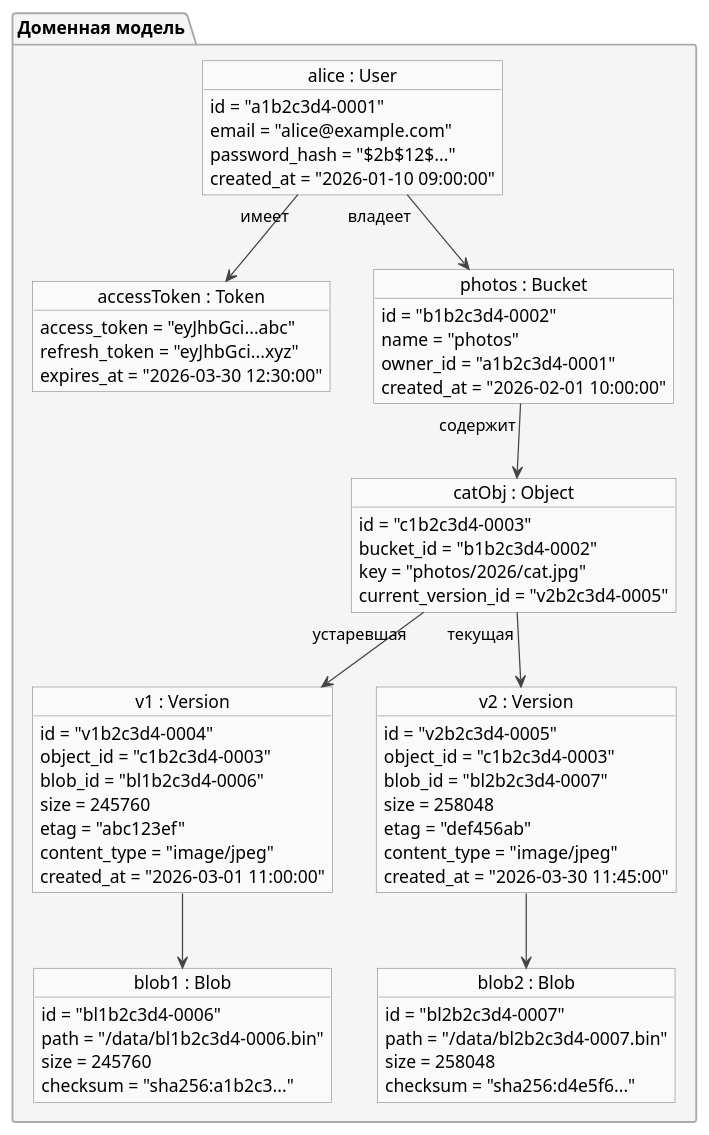
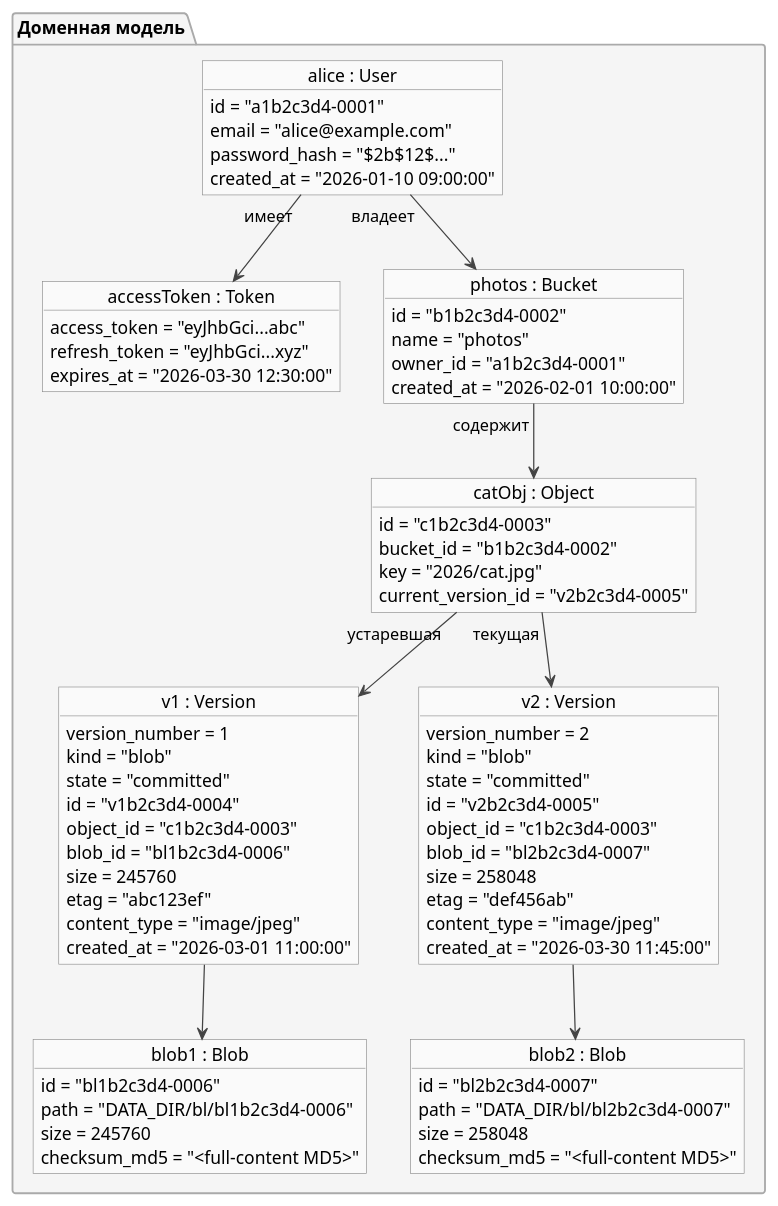
One commit to alesplll/opens3-rebac changed the diagram in docs/object_diagram.md. Above: the diagram before and after it, drawn with PlantUML. The commit also changed other lines of this file and 21 other files, not shown here.

````diff
--- a/docs/object_diagram.md
+++ b/docs/object_diagram.md
@@ -4,3 +9,4 @@
+```plantuml
 @startuml ObjectDiagram_opens3
 
 skinparam objectAttributeIconSize 0
@@ -40,11 +46,14 @@
   object "catObj : Object" as obj {
     id = "c1b2c3d4-0003"
     bucket_id = "b1b2c3d4-0002"
-    key = "photos/2026/cat.jpg"
+    key = "2026/cat.jpg"
     current_version_id = "v2b2c3d4-0005"
   }
 
   object "v1 : Version" as v1 {
+    version_number = 1
+    kind = "blob"
+    state = "committed"
     id = "v1b2c3d4-0004"
     object_id = "c1b2c3d4-0003"
     blob_id = "bl1b2c3d4-0006"
@@ -55,6 +64,9 @@
   }
 
   object "v2 : Version" as v2 {
+    version_number = 2
+    kind = "blob"
+    state = "committed"
     id = "v2b2c3d4-0005"
     object_id = "c1b2c3d4-0003"
     blob_id = "bl2b2c3d4-0007"
@@ -66,16 +78,16 @@
 
   object "blob1 : Blob" as blob1 {
     id = "bl1b2c3d4-0006"
-    path = "/data/bl1b2c3d4-0006.bin"
+    path = "DATA_DIR/bl/bl1b2c3d4-0006"
     size = 245760
-    checksum = "sha256:a1b2c3..."
+    checksum_md5 = "<full-content MD5>"
   }
 
   object "blob2 : Blob" as blob2 {
     id = "bl2b2c3d4-0007"
-    path = "/data/bl2b2c3d4-0007.bin"
+    path = "DATA_DIR/bl/bl2b2c3d4-0007"
     size = 258048
-    checksum = "sha256:d4e5f6..."
+    checksum_md5 = "<full-content MD5>"
   }
 
 }
@@ -93,3 +105,4 @@
 v2 --> blob2
 
 @enduml
+```
````
